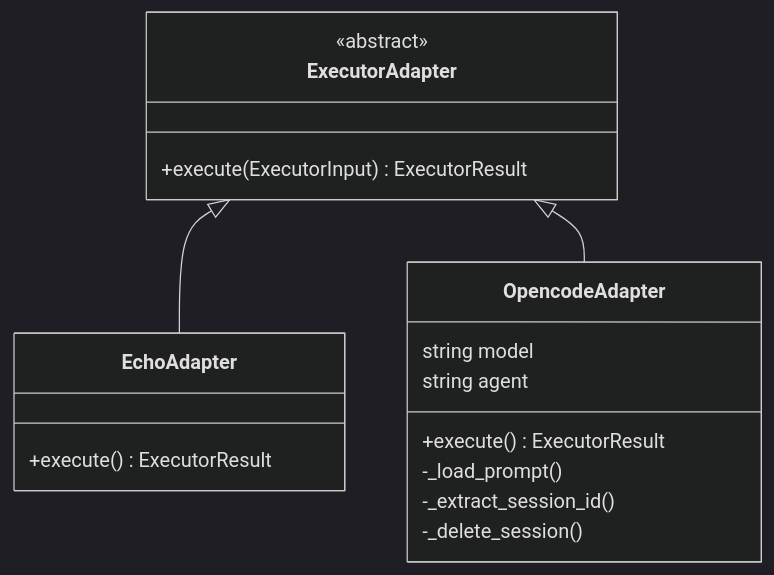
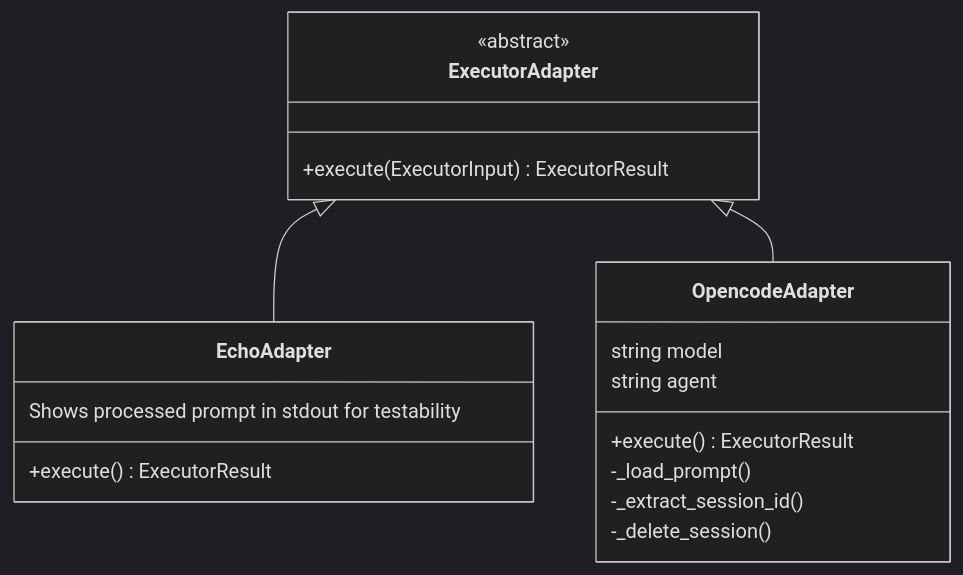
The fourth of 6 diagrams in ARCHITECTURE.md (ccijunk/ai-workflow), drawn with Mermaid (dark theme) before and after one commit. The commit also changed other lines of this file, not shown here.

Commit message:
docs: update ARCHITECTURE.md with Processor system and testability

````diff
--- a/ARCHITECTURE.md
+++ b/ARCHITECTURE.md
@@ -116,23 +156,24 @@
 ```mermaid
 classDiagram
     class ExecutorAdapter {
         <<abstract>>
         +execute(ExecutorInput) ExecutorResult
     }
     
     class EchoAdapter {
         +execute() ExecutorResult
+        Shows processed prompt in stdout for testability
     }
     
     class OpencodeAdapter {
         string model
         string agent
         +execute() ExecutorResult
         -_load_prompt()
         -_extract_session_id()
         -_delete_session()
     }
     
     ExecutorAdapter <|-- EchoAdapter
     ExecutorAdapter <|-- OpencodeAdapter
 ```
````
